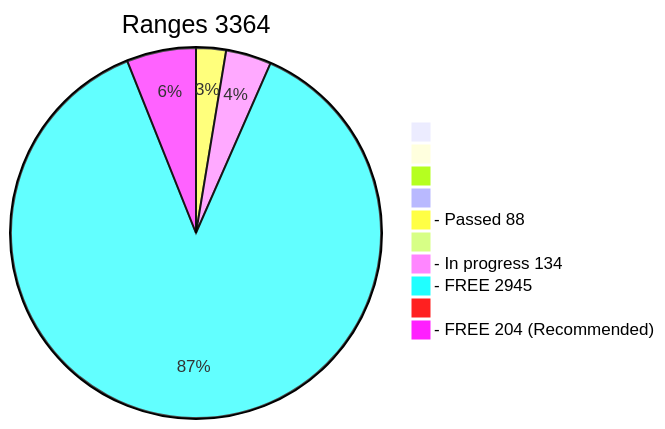
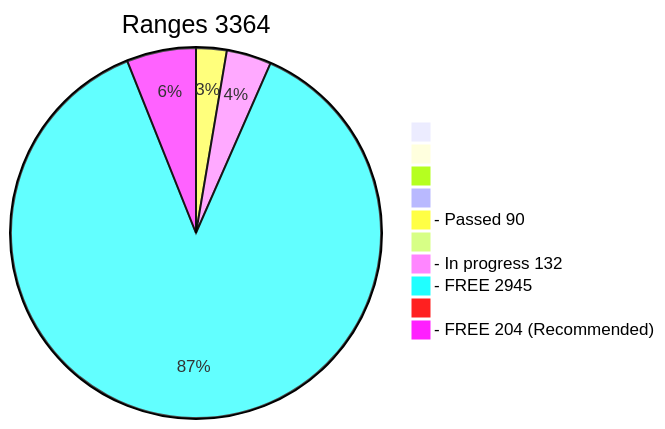
The diagram in x64/Release/table.md (phrutis/wif500), drawn with Mermaid before and after one commit.

````diff
--- a/x64/Release/table.md
+++ b/x64/Release/table.md
@@ -3,13 +3,13 @@
 ```mermaid
 pie title Ranges 3364
   " " : 0
   "  " : 0
   "   " : 0
   "    " : 0
-  "- Passed 88" : 88
+  "- Passed 90" : 90
   "     " : 0
-  "- In progress 134" : 134
+  "- In progress 132" : 132
   "- FREE 2945" : 2945
   "      " : 0
   "- FREE 204 (Recommended)" : 204
 ```
````
